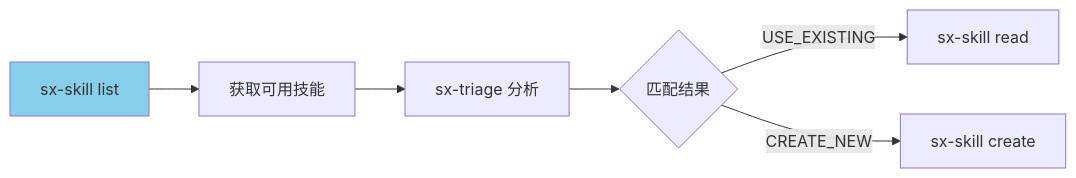
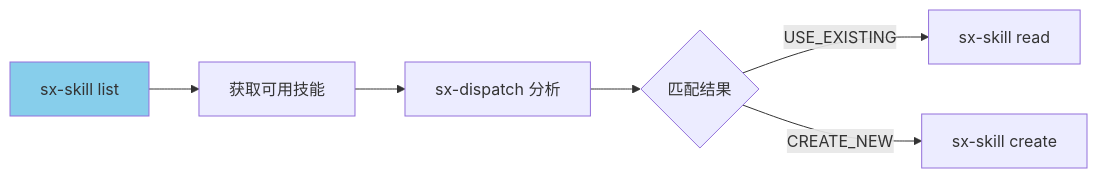
One commit to shetengteng/skillix-mcp changed diagram 16 of 16 in design/02-设计/20260114-08-sx-list设计.md. Above: the diagram before and after it, drawn with Mermaid. The commit also changed other lines of this file and 32 other files, not shown here.

````diff
--- a/design/02-设计/20260114-08-sx-list设计.md
+++ b/design/02-设计/20260114-08-sx-list设计.md
@@ -429,10 +429,10 @@
 ```mermaid
 flowchart LR
     A[sx-skill list] --> B[获取可用技能]
-    B --> C[sx-triage 分析]
+    B --> C[sx-dispatch 分析]
     C --> D{匹配结果}
     D -->|USE_EXISTING| E[sx-skill read]
     D -->|CREATE_NEW| F[sx-skill create]
     
     style A fill:#87CEEB
 ```
````
